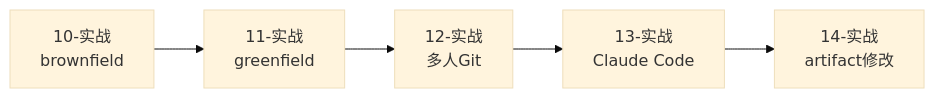
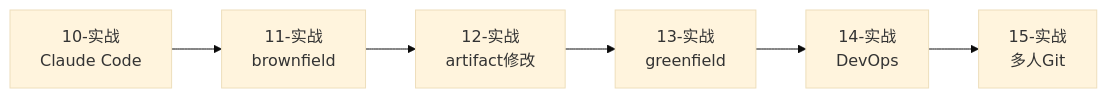
The third of 5 diagrams in _openspec_handbook/00-index.md (ethan-jiang-3/OpenSpec), drawn with Mermaid (base theme) before and after one commit. The commit also changed other lines of this file and 15 other files, not shown here.

````diff
--- a/_openspec_handbook/00-index.md
+++ b/_openspec_handbook/00-index.md
@@ -89,6 +90,8 @@
 ```mermaid
 graph LR
-    A[10-实战<br/>brownfield] --> B[11-实战<br/>greenfield]
-    B --> C[12-实战<br/>多人Git] --> D[13-实战<br/>Claude Code]
-    D --> E[14-实战<br/>artifact修改]
+    A[10-实战<br/>Claude Code] --> B[11-实战<br/>brownfield]
+    B --> C[12-实战<br/>artifact修改]
+    C --> D[13-实战<br/>greenfield]
+    D --> E[14-实战<br/>DevOps]
+    E --> F[15-实战<br/>多人Git]
 ```
````
